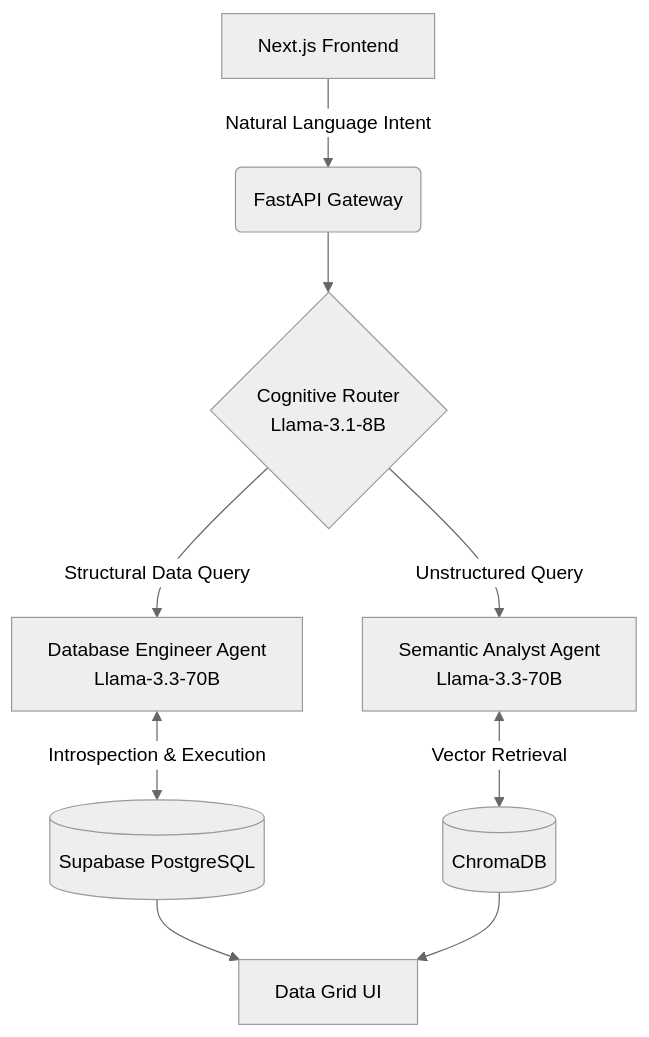
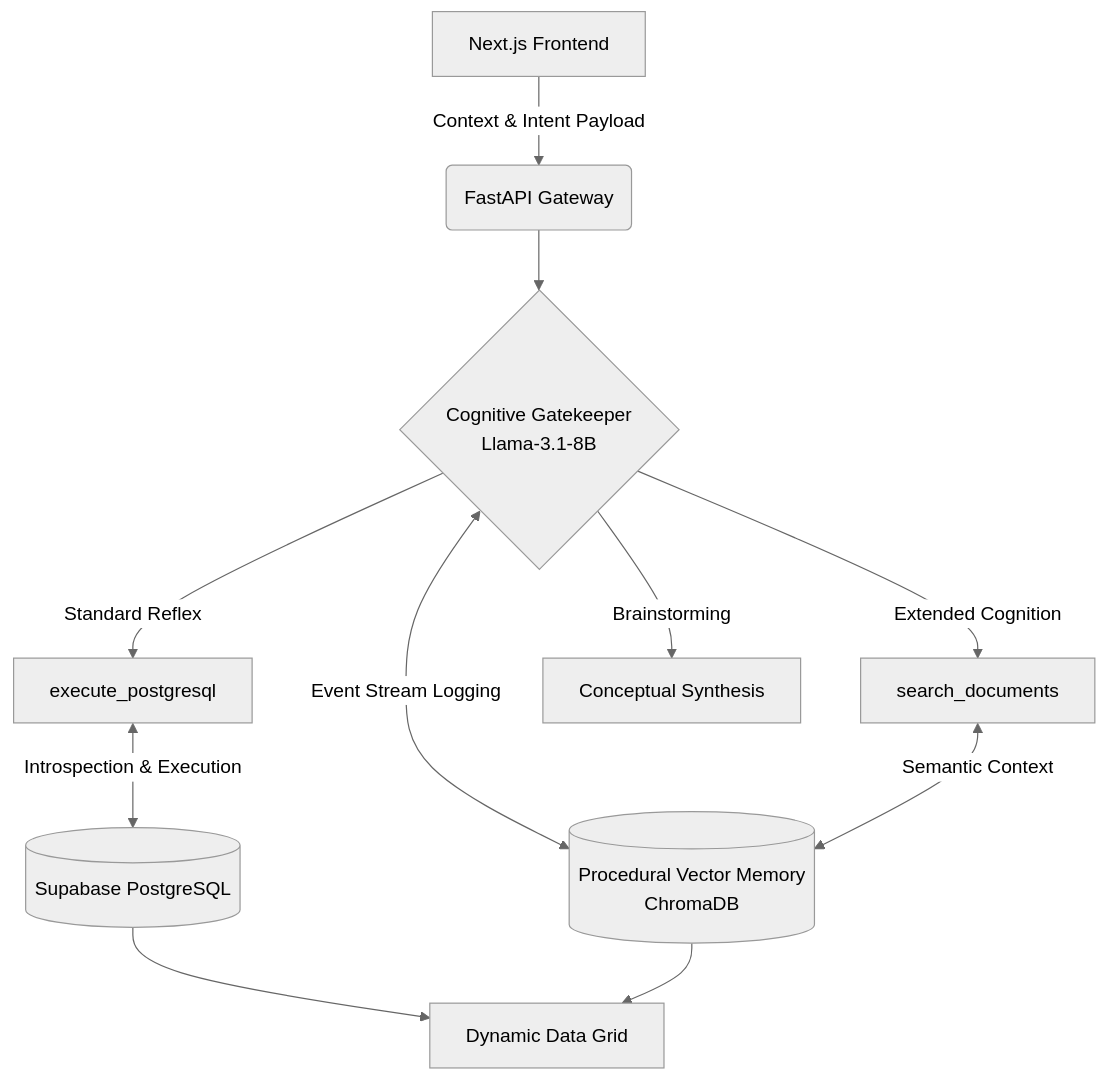
One commit to C4RB0Nite/OmniData-Studio changed the diagram in README.md. Above: the diagram before and after it, drawn with Mermaid (neutral theme). The commit also changed other lines of this file, not shown here.

````diff
--- a/README.md
+++ b/README.md
@@ -27,15 +27,18 @@
 ```mermaid
 graph TD;
-    Client[Next.js Frontend] -->|Natural Language Intent| API(FastAPI Gateway);
-    API --> Router{Cognitive Router<br/>Llama-3.1-8B};
+    Client[Next.js Frontend] -->|Context & Intent Payload| API(FastAPI Gateway);
     
-    Router -- Structural Data Query --> DB_Agent[Database Engineer Agent<br/>Llama-3.3-70B];
-    Router -- Unstructured Query --> RAG_Agent[Semantic Analyst Agent<br/>Llama-3.3-70B];
+    API --> Gatekeeper{Cognitive Gatekeeper<br/>Llama-3.1-8B};
+    Gatekeeper <-->|Event Stream Logging| Memory[(Procedural Vector Memory<br/>ChromaDB)];
     
-    DB_Agent <-->|Introspection & Execution| Postgres[(Supabase PostgreSQL)];
-    RAG_Agent <-->|Vector Retrieval| Chroma[(ChromaDB)];
+    Gatekeeper -- Standard Reflex --> Tool_SQL[execute_postgresql];
+    Gatekeeper -- Extended Cognition --> Tool_Vector[search_documents];
+    Gatekeeper -- Brainstorming --> Synthesis[Conceptual Synthesis];
     
-    Postgres --> UI_Ledger[Data Grid UI];
-    Chroma --> UI_Ledger;
+    Tool_SQL <-->|Introspection & Execution| Postgres[(Supabase PostgreSQL)];
+    Tool_Vector <-->|Semantic Context| Memory;
+    
+    Postgres --> UI_Ledger[Dynamic Data Grid];
+    Memory --> UI_Ledger;
 
 ```
````
